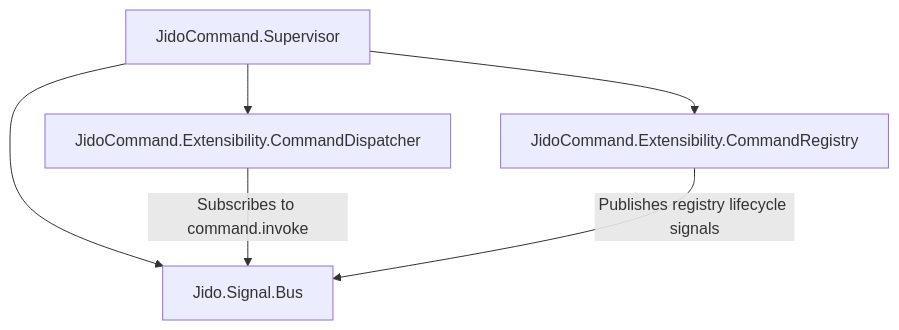
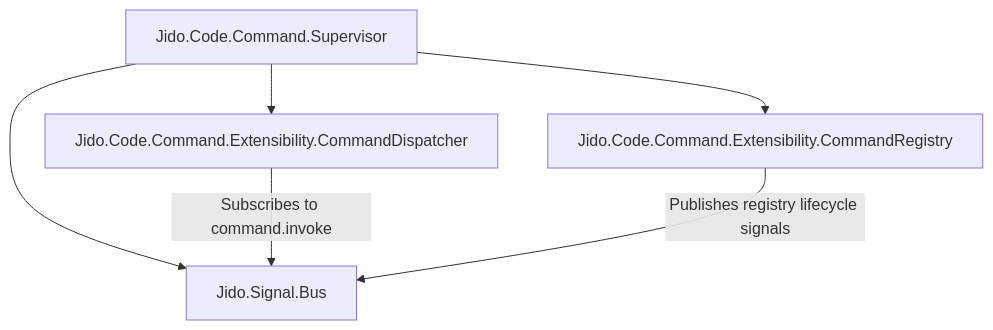
One commit to pcharbon70/jido_command changed the first of 2 diagrams in docs/developer/architecture.md. Above: the diagram before and after it, drawn with Mermaid. The commit also changed other lines of this file and 32 other files, not shown here.

Commit message:
Rename namespace to Jido.Code.Command

````diff
--- a/docs/developer/architecture.md
+++ b/docs/developer/architecture.md
@@ -7,8 +7,8 @@
 ```mermaid
 flowchart TD
-  A["JidoCommand.Supervisor"] --> B["Jido.Signal.Bus"]
-  A --> C["JidoCommand.Extensibility.CommandRegistry"]
-  A --> D["JidoCommand.Extensibility.CommandDispatcher"]
+  A["Jido.Code.Command.Supervisor"] --> B["Jido.Signal.Bus"]
+  A --> C["Jido.Code.Command.Extensibility.CommandRegistry"]
+  A --> D["Jido.Code.Command.Extensibility.CommandDispatcher"]
   D -->|"Subscribes to command.invoke"| B
   C -->|"Publishes registry lifecycle signals"| B
 ```
````
